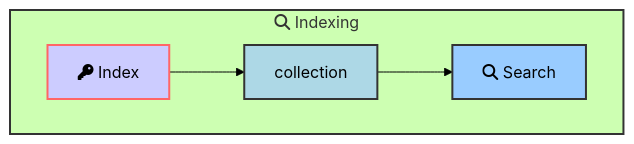
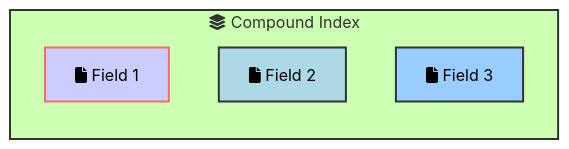
One commit to kelvin-bz/blog changed the fifth of 15 diagrams in _posts/2024-07-18-mongodb-fundamental.md. Above: the diagram before and after it, drawn with Mermaid (forest theme). The commit also changed other lines of this file and 3 other files, not shown here.

````diff
--- a/_posts/2024-07-18-mongodb-fundamental.md
+++ b/_posts/2024-07-18-mongodb-fundamental.md
@@ -102,13 +170,13 @@
 ```mermaid
-graph
-  subgraph indexing["fa:fa-search Indexing"]
-    index["fa:fa-key Index"]
-    index --> collection
-    collection --> search["fa:fa-search Search"]
+graph LR
+  subgraph compoundIndex["fa:fa-layer-group Compound Index"]
+    field1["fa:fa-file Field 1"]
+    field2["fa:fa-file Field 2"]
+    field3["fa:fa-file Field 3"]
   end
 
-  style indexing stroke:#333,stroke-width:2px
-  style index fill:#ccf,stroke:#f66,stroke-width:2px
-  style collection fill:#add8e6,stroke:#333,stroke-width:2px
-  style search fill:#9cf,stroke:#333,stroke-width:2px
+  style compoundIndex stroke:#333,stroke-width:2px
+  style field1 fill:#ccf,stroke:#f66,stroke-width:2px
+  style field2 fill:#add8e6,stroke:#333,stroke-width:2px
+  style field3 fill:#9cf,stroke:#333,stroke-width:2px
 ```
````
